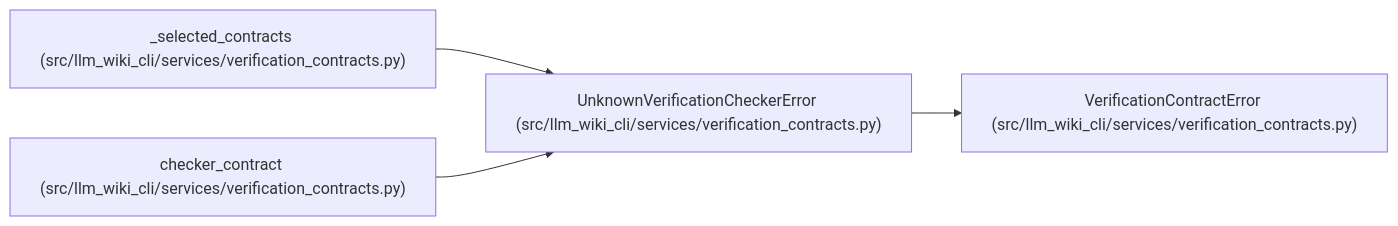
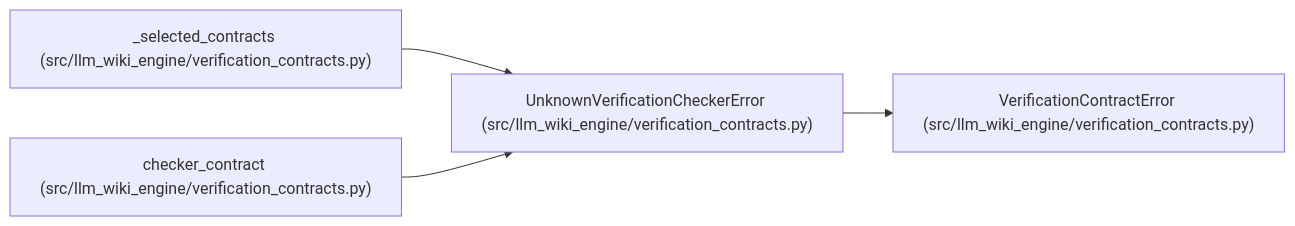
Before and after one commit to Denissvgn/python-wiki-llm: the diagram in docs/llm_wiki/entities/UnknownVerificationCheckerError.md, drawn with Mermaid. The commit also changed other lines of this file and 1058 other files, not shown here.

````diff
--- a/docs/llm_wiki/entities/UnknownVerificationCheckerError.md
+++ b/docs/llm_wiki/entities/UnknownVerificationCheckerError.md
@@ -25,14 +25,14 @@
 ```mermaid
 flowchart LR
-    n0["UnknownVerificationCheckerError (src/llm_wiki_cli/services/verification_contracts.py)"]
-    n1["VerificationContractError (src/llm_wiki_cli/services/verification_contracts.py)"]
-    n2["_selected_contracts (src/llm_wiki_cli/services/verification_contracts.py)"]
-    n3["checker_contract (src/llm_wiki_cli/services/verification_contracts.py)"]
+    n0["UnknownVerificationCheckerError (src/llm_wiki_engine/verification_contracts.py)"]
+    n1["VerificationContractError (src/llm_wiki_engine/verification_contracts.py)"]
+    n2["_selected_contracts (src/llm_wiki_engine/verification_contracts.py)"]
+    n3["checker_contract (src/llm_wiki_engine/verification_contracts.py)"]
     n0 --> n1
     n2 --> n0
     n3 --> n0
     click n0 "../modules/verification_contracts.md"
     click n1 "../modules/verification_contracts.md"
     click n2 "../modules/verification_contracts.md"
     click n3 "../modules/verification_contracts.md"
 ```
````
